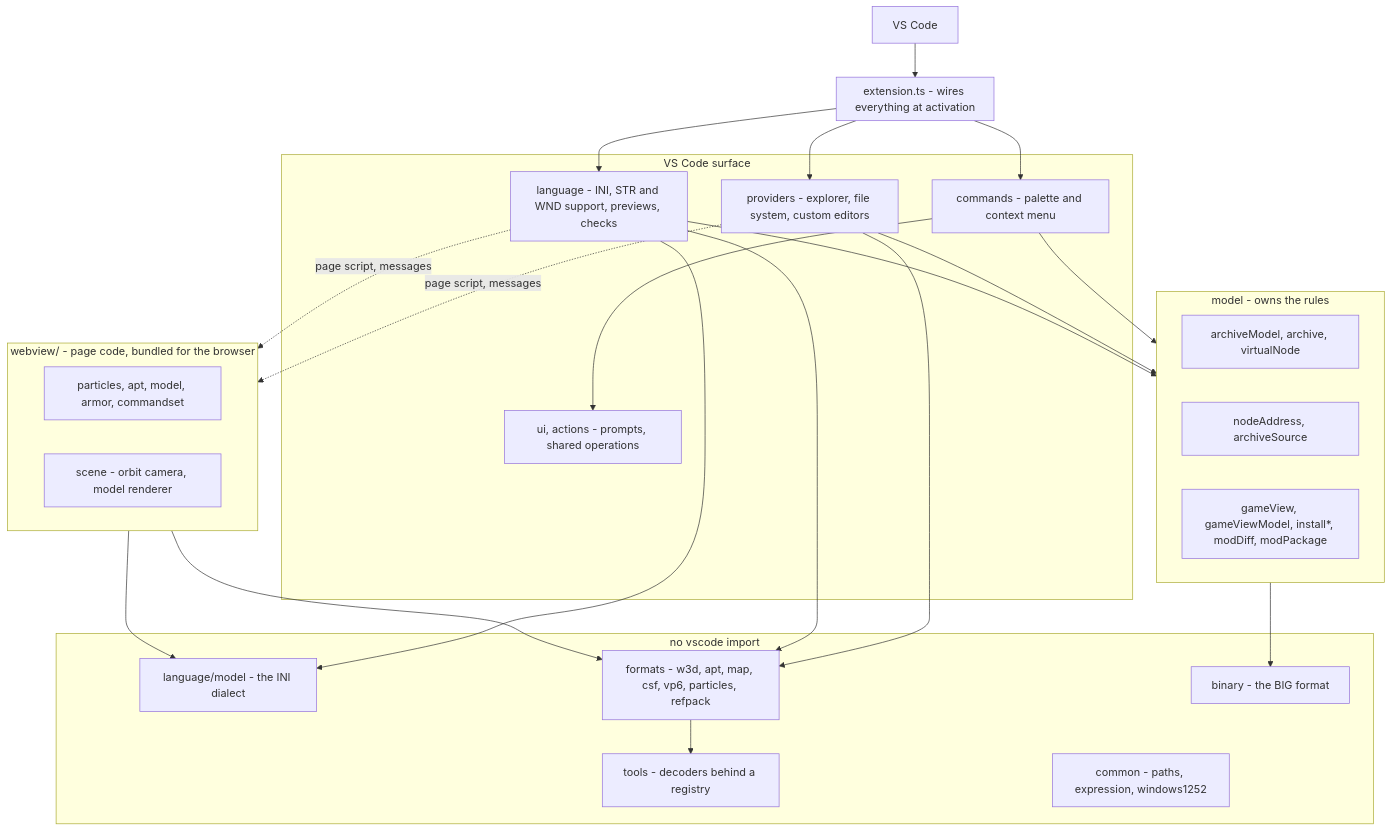
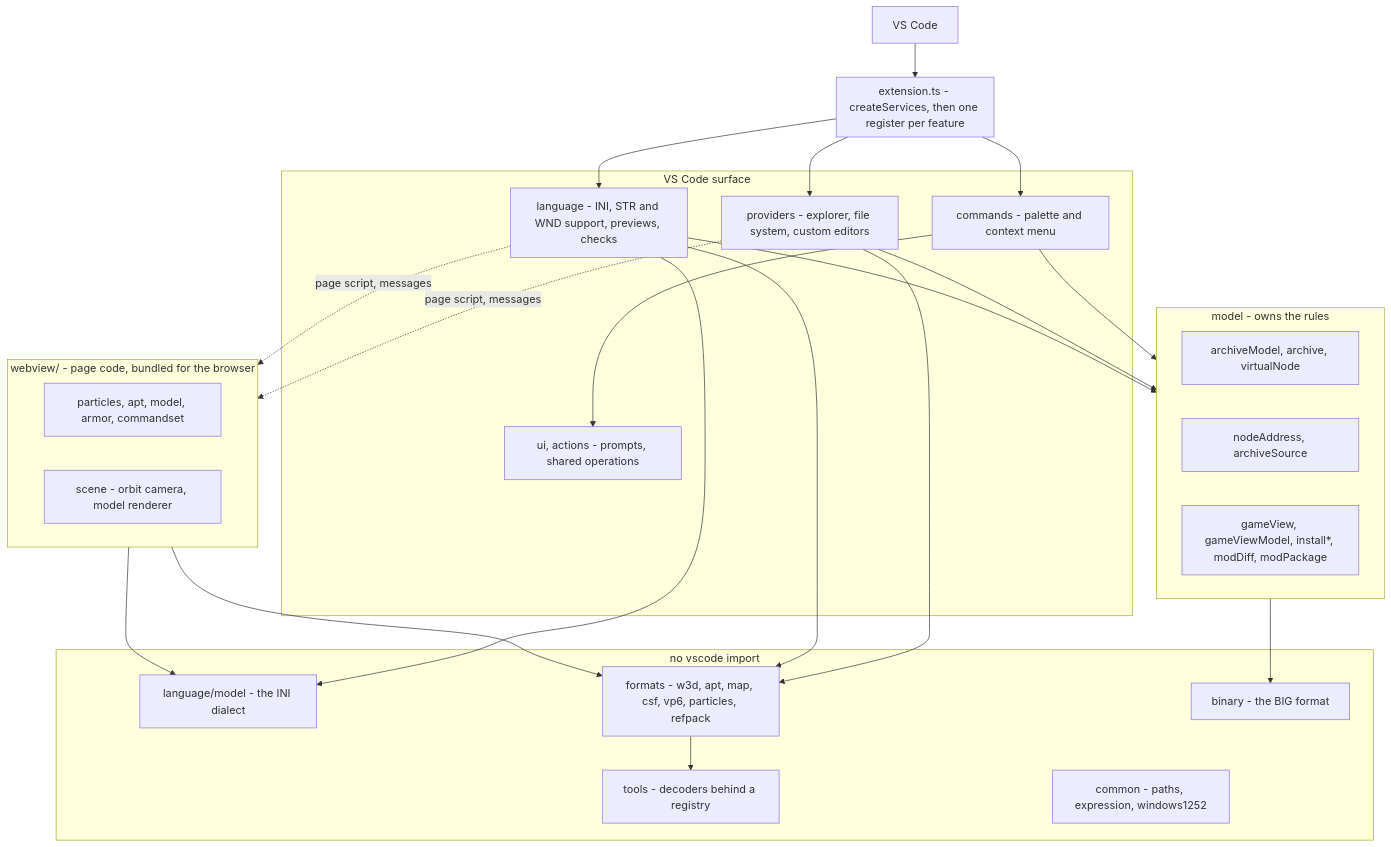
Before and after one commit to max-bronner/bigfs: the first of 6 diagrams in docs/architecture.md, drawn with Mermaid. The commit also changed other lines of this file and 31 other files, not shown here.

````diff
--- a/docs/architecture.md
+++ b/docs/architecture.md
@@ -38,45 +38,45 @@
 ```mermaid
 flowchart TD
   VS["VS Code"]
 
-  subgraph entry["extension.ts - wires everything at activation"]
+  subgraph entry["extension.ts - createServices, then one register per feature"]
   end
 
   subgraph surface["VS Code surface"]
     CMD["commands - palette and context menu"]
     PRV["providers - explorer, file system, custom editors"]
     LANG["language - INI, STR and WND support, previews, checks"]
     UI["ui, actions - prompts, shared operations"]
   end
 
   subgraph pages["webview/ - page code, bundled for the browser"]
     WP["particles, apt, model, armor, commandset"]
     WS["scene - orbit camera, model renderer"]
   end
 
   subgraph model["model - owns the rules"]
     AM["archiveModel, archive, virtualNode"]
     NA["nodeAddress, archiveSource"]
     GV["gameView, gameViewModel, install*, modDiff, modPackage"]
   end
 
   subgraph pure["no vscode import"]
     LM["language/model - the INI dialect"]
     FMT["formats - w3d, apt, map, csf, vp6, particles, refpack"]
     TLS["tools - decoders behind a registry"]
     BIN["binary - the BIG format"]
     COM["common - paths, expression, windows1252"]
   end
 
   VS --> entry
   entry --> CMD & PRV & LANG
   CMD --> UI
   CMD & PRV & LANG --> model
   LANG --> LM
   PRV & LANG --> FMT
   FMT --> TLS
   PRV & LANG -. "page script, messages" .-> pages
   pages --> FMT
   pages --> LM
   model --> BIN
 ```
````
